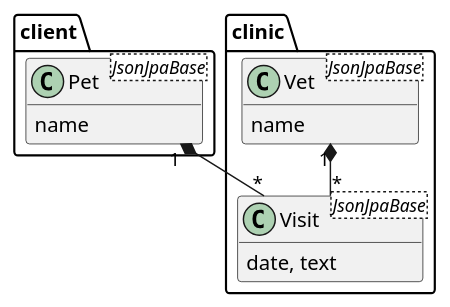
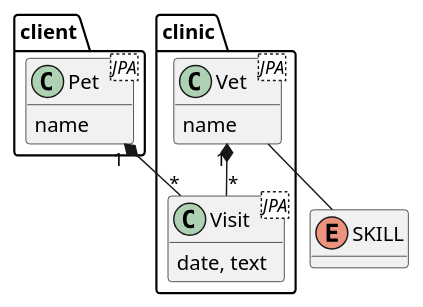
The diagram in doc/EsyClinicApi.adoc (cardsplus/demoscs), drawn with PlantUML before and after one commit. The commit also changed 1 other file, not shown here.

Commit message:
Fix für Spezifikation

```diff
--- a/doc/EsyClinicApi.adoc
+++ b/doc/EsyClinicApi.adoc
@@ -40,21 +40,23 @@
 [plantuml,EsyPlan,png]
 ----
 !pragma layout smetana
 hide members
 show attributes
+enum SKILL
 package "client" {
-    class Pet<JsonJpaBase> {
+    class Pet<JPA> {
         name
     }
 }
 package "clinic" {
-  class Vet<JsonJpaBase> {
+    class Vet<JPA> {
         name
-  }
-  class Visit<JsonJpaBase> {
+    }
+    class Visit<JPA> {
         date, text
-  }
-  Vet "1" *-- "*" Visit
-  Pet "1" *-- "*" Visit
+    }
+    Vet "1" *-- "*" Visit
+    Vet -- SKILL
+    Pet "1" *-- "*" Visit
 }
 ----
```
